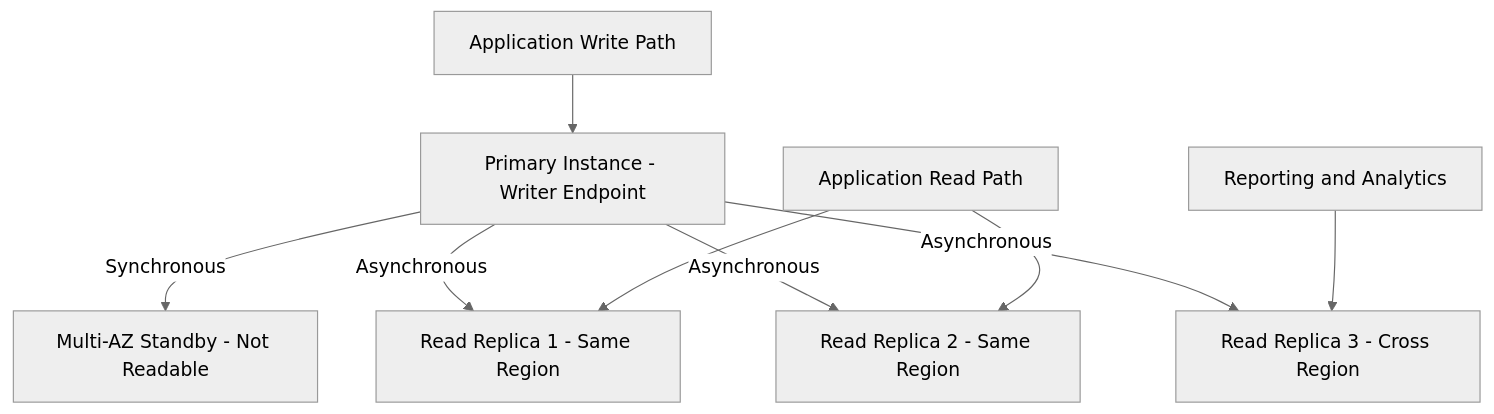
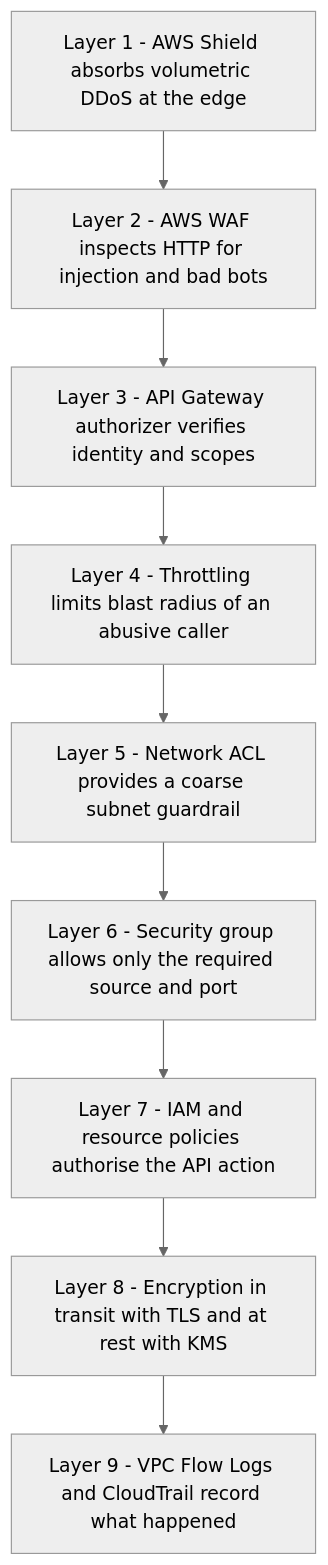
Diagram 11 of 13 in docs/unit1/topic6.md (norbutlepcha25/dso303), drawn with Mermaid (neutral theme) before and after one commit. The commit also changed other lines of this file and 945 other files, not shown here.

````diff
--- a/docs/unit1/topic6.md
+++ b/docs/unit1/topic6.md
@@ -550,11 +1130,11 @@
 ```mermaid
 graph TD
-    A["Application Write Path"] --> B["Primary Instance - Writer Endpoint"]
-    B -->|"Synchronous"| C["Multi-AZ Standby - Not Readable"]
-    B -->|"Asynchronous"| D["Read Replica 1 - Same Region"]
-    B -->|"Asynchronous"| E["Read Replica 2 - Same Region"]
-    B -->|"Asynchronous"| F["Read Replica 3 - Cross Region"]
-    G["Application Read Path"] --> D
-    G --> E
-    H["Reporting and Analytics"] --> F
+    A["Layer 1 - AWS Shield absorbs volumetric DDoS at the edge"] --> B["Layer 2 - AWS WAF inspects HTTP for injection and bad bots"]
+    B --> C["Layer 3 - API Gateway authorizer verifies identity and scopes"]
+    C --> D["Layer 4 - Throttling limits blast radius of an abusive caller"]
+    D --> E["Layer 5 - Network ACL provides a coarse subnet guardrail"]
+    E --> F["Layer 6 - Security group allows only the required source and port"]
+    F --> G["Layer 7 - IAM and resource policies authorise the API action"]
+    G --> H["Layer 8 - Encryption in transit with TLS and at rest with KMS"]
+    H --> I["Layer 9 - VPC Flow Logs and CloudTrail record what happened"]
 ```
````
